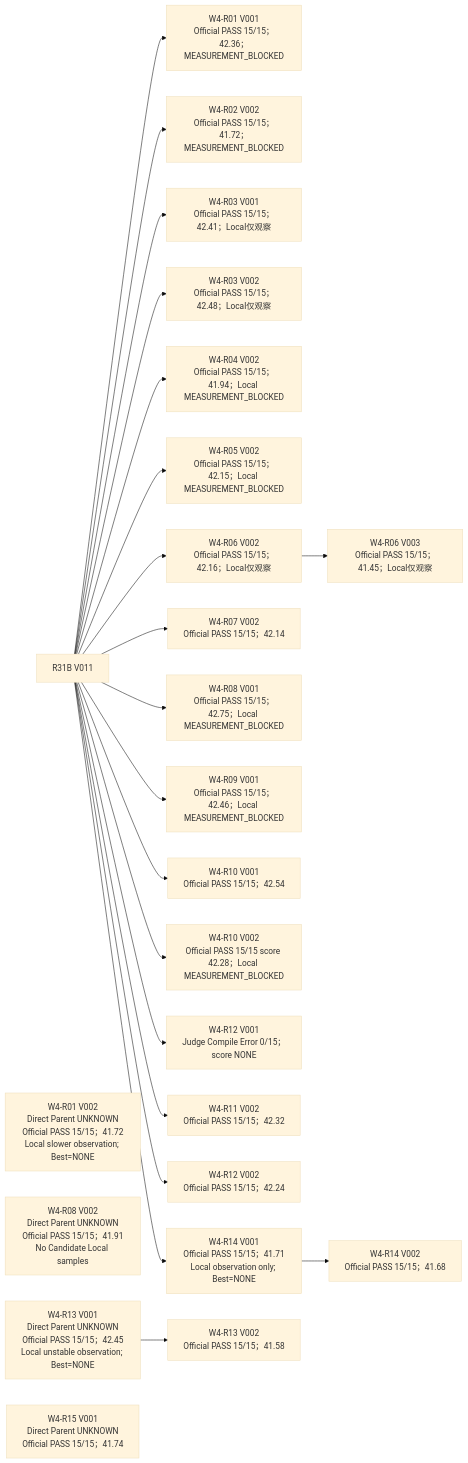
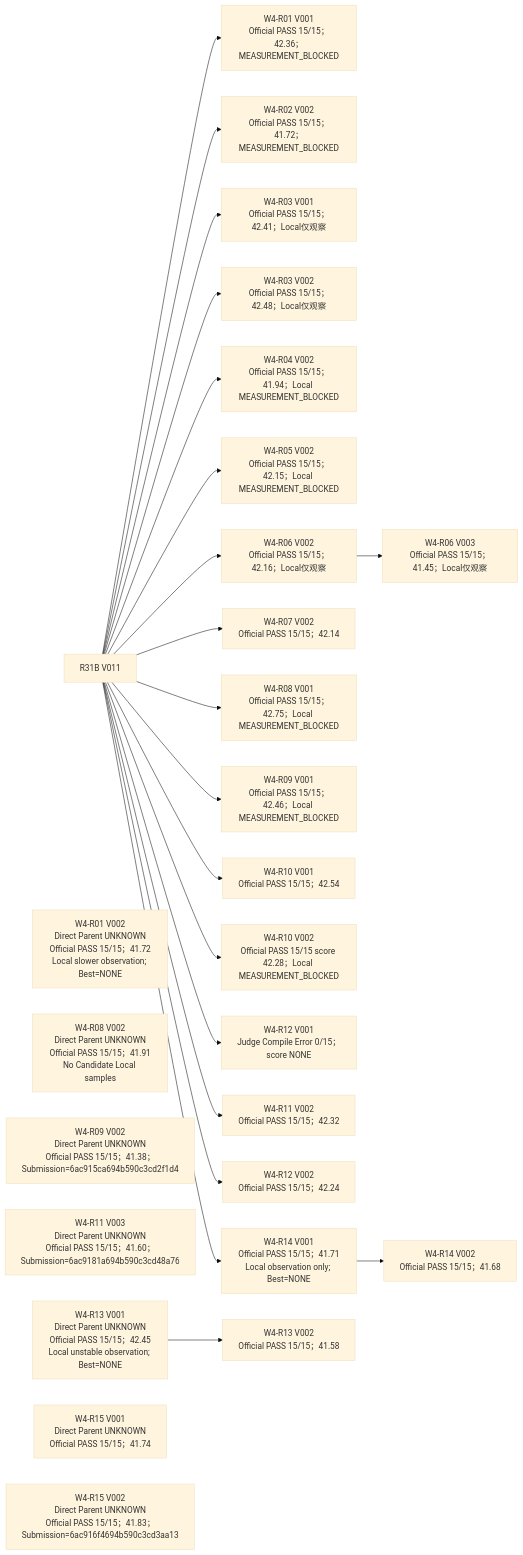
The first of 4 diagrams in 技术路线/技术路线图.md (sxyq/CANN), drawn with Mermaid (base theme) before and after one commit. The commit also changed other lines of this file and 3 other files, not shown here.

````diff
--- a/技术路线/技术路线图.md
+++ b/技术路线/技术路线图.md
@@ -41,28 +41,31 @@
 ```mermaid
 flowchart LR
   p["R31B V011"]
   p --> r01["W4-R01 V001<br/>Official PASS 15/15；42.36；MEASUREMENT_BLOCKED"]
   r01v2["W4-R01 V002<br/>Direct Parent UNKNOWN<br/>Official PASS 15/15；41.72<br/>Local slower observation; Best=NONE"]
   p --> r02["W4-R02 V002<br/>Official PASS 15/15；41.72；MEASUREMENT_BLOCKED"]
   p --> r03v1["W4-R03 V001<br/>Official PASS 15/15；42.41；Local仅观察"]
   p --> r03v2["W4-R03 V002<br/>Official PASS 15/15；42.48；Local仅观察"]
   p --> r04["W4-R04 V002<br/>Official PASS 15/15；41.94；Local MEASUREMENT_BLOCKED"]
   p --> r05["W4-R05 V002<br/>Official PASS 15/15；42.15；Local MEASUREMENT_BLOCKED"]
   p --> r06v2["W4-R06 V002<br/>Official PASS 15/15；42.16；Local仅观察"]
   r06v2 --> r06v3["W4-R06 V003<br/>Official PASS 15/15；41.45；Local仅观察"]
   p --> r07["W4-R07 V002<br/>Official PASS 15/15；42.14"]
   p --> r08["W4-R08 V001<br/>Official PASS 15/15；42.75；Local MEASUREMENT_BLOCKED"]
   r08v2["W4-R08 V002<br/>Direct Parent UNKNOWN<br/>Official PASS 15/15；41.91<br/>No Candidate Local samples"]
   p --> r09["W4-R09 V001<br/>Official PASS 15/15；42.46；Local MEASUREMENT_BLOCKED"]
+  r09v2["W4-R09 V002<br/>Direct Parent UNKNOWN<br/>Official PASS 15/15；41.38；Submission=6ac915ca694b590c3cd2f1d4"]
   p --> r10["W4-R10 V001<br/>Official PASS 15/15；42.54"]
   p --> r10v2["W4-R10 V002<br/>Official PASS 15/15 score 42.28；Local MEASUREMENT_BLOCKED"]
   p --> r12v1["W4-R12 V001<br/>Judge Compile Error 0/15；score NONE"]
   p --> r11["W4-R11 V002<br/>Official PASS 15/15；42.32"]
+  r11v3["W4-R11 V003<br/>Direct Parent UNKNOWN<br/>Official PASS 15/15；41.60；Submission=6ac9181a694b590c3cd48a76"]
   p --> r12v2["W4-R12 V002<br/>Official PASS 15/15；42.24"]
   r13v1["W4-R13 V001<br/>Direct Parent UNKNOWN<br/>Official PASS 15/15；42.45<br/>Local unstable observation; Best=NONE"]
   r13v2["W4-R13 V002<br/>Official PASS 15/15；41.58"]
   r13v1 --> r13v2
   p --> r14v1["W4-R14 V001<br/>Official PASS 15/15；41.71<br/>Local observation only; Best=NONE"]
   r14v1 --> r14v2["W4-R14 V002<br/>Official PASS 15/15；41.68"]
   r15v1["W4-R15 V001<br/>Direct Parent UNKNOWN<br/>Official PASS 15/15；41.74"]
+  r15v2["W4-R15 V002<br/>Direct Parent UNKNOWN<br/>Official PASS 15/15；41.83；Submission=6ac916f4694b590c3cd3aa13"]
 ```
````
